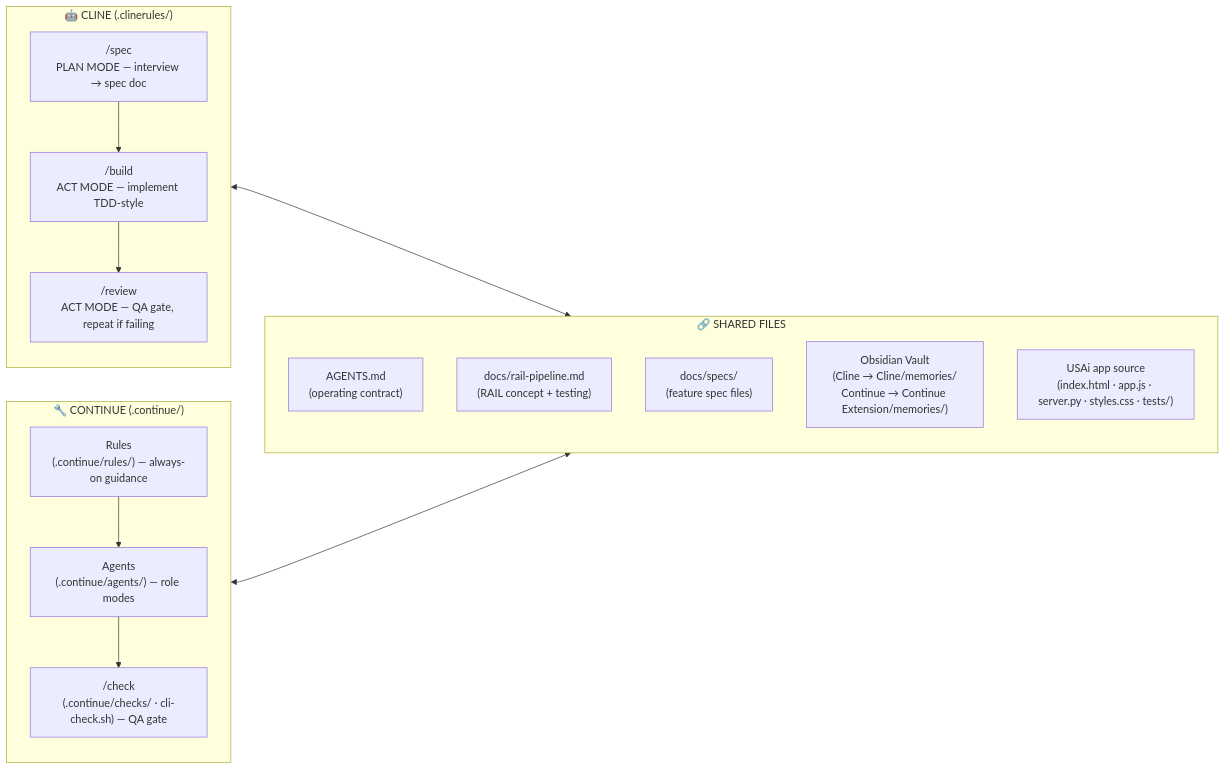
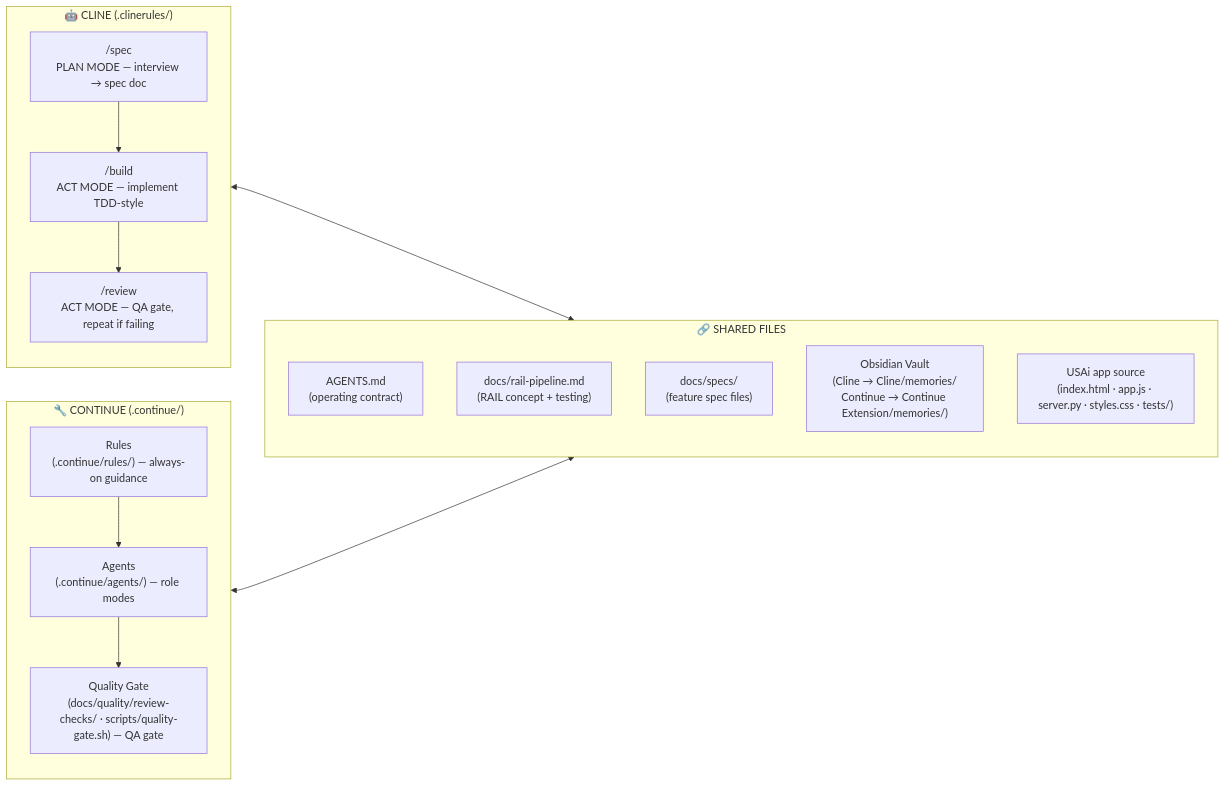
The diagram in docs/harness-workflow-diagram.md (WebDev70/USAi), drawn with Mermaid before and after one commit. The commit also changed 76 other files, not shown here.

````diff
--- a/docs/harness-workflow-diagram.md
+++ b/docs/harness-workflow-diagram.md
@@ -6,30 +6,30 @@
 ```mermaid
 flowchart LR
     subgraph CLINE["🤖 CLINE  (.clinerules/)"]
         direction TB
         A1["/spec\nPLAN MODE — interview → spec doc"]
         A2["/build\nACT MODE — implement TDD-style"]
         A3["/review\nACT MODE — QA gate, repeat if failing"]
         A1 --> A2 --> A3
     end
 
     subgraph SHARED["🔗 SHARED FILES"]
         direction TB
         S1["AGENTS.md\n(operating contract)"]
         S2["docs/rail-pipeline.md\n(RAIL concept + testing)"]
         S3["docs/specs/\n(feature spec files)"]
         S4["Obsidian Vault\n(Cline → Cline/memories/\nContinue → Continue Extension/memories/)"]
         S5["USAi app source\n(index.html · app.js · server.py · styles.css · tests/)"]
     end
 
     subgraph CONT["🔧 CONTINUE  (.continue/)"]
         direction TB
         B1["Rules\n(.continue/rules/) — always-on guidance"]
         B2["Agents\n(.continue/agents/) — role modes"]
-        B3["/check\n(.continue/checks/ · cli-check.sh) — QA gate"]
+        B3["Quality Gate\n(docs/quality/review-checks/ · scripts/quality-gate.sh) — QA gate"]
         B1 --> B2 --> B3
     end
 
     CLINE <--> SHARED
     CONT  <--> SHARED
 ```
````
